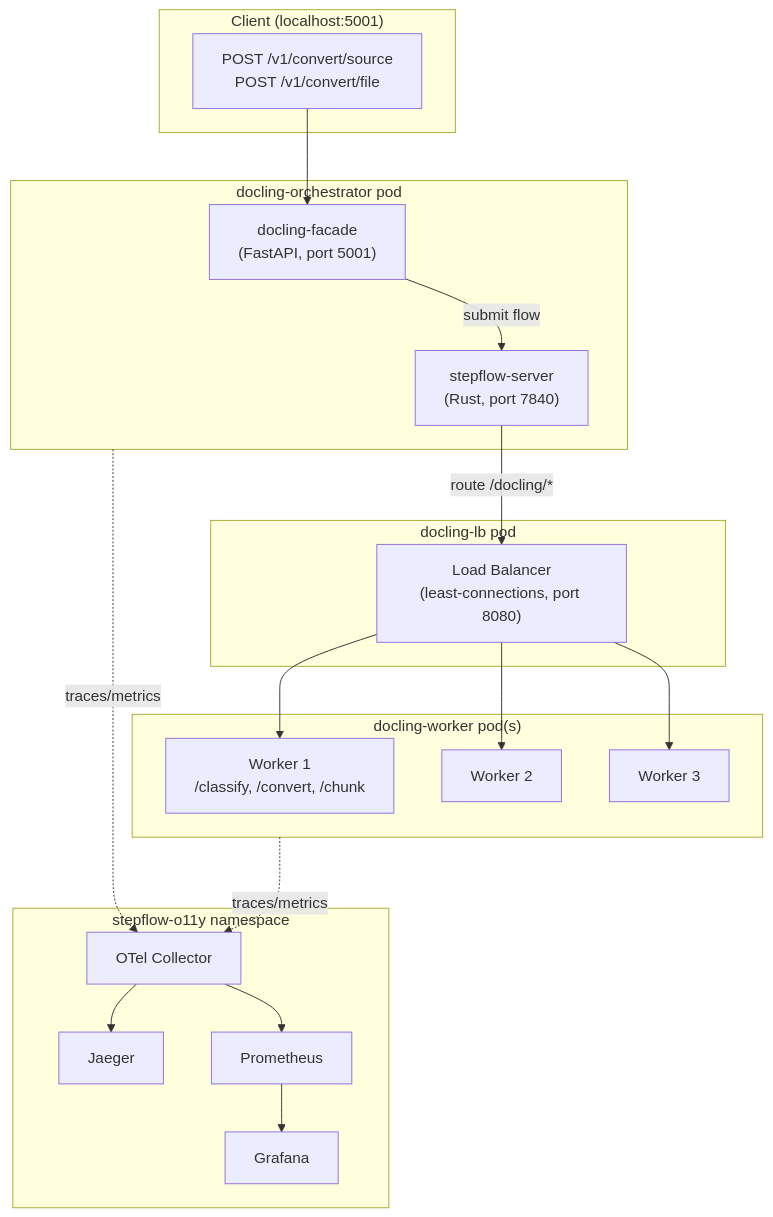
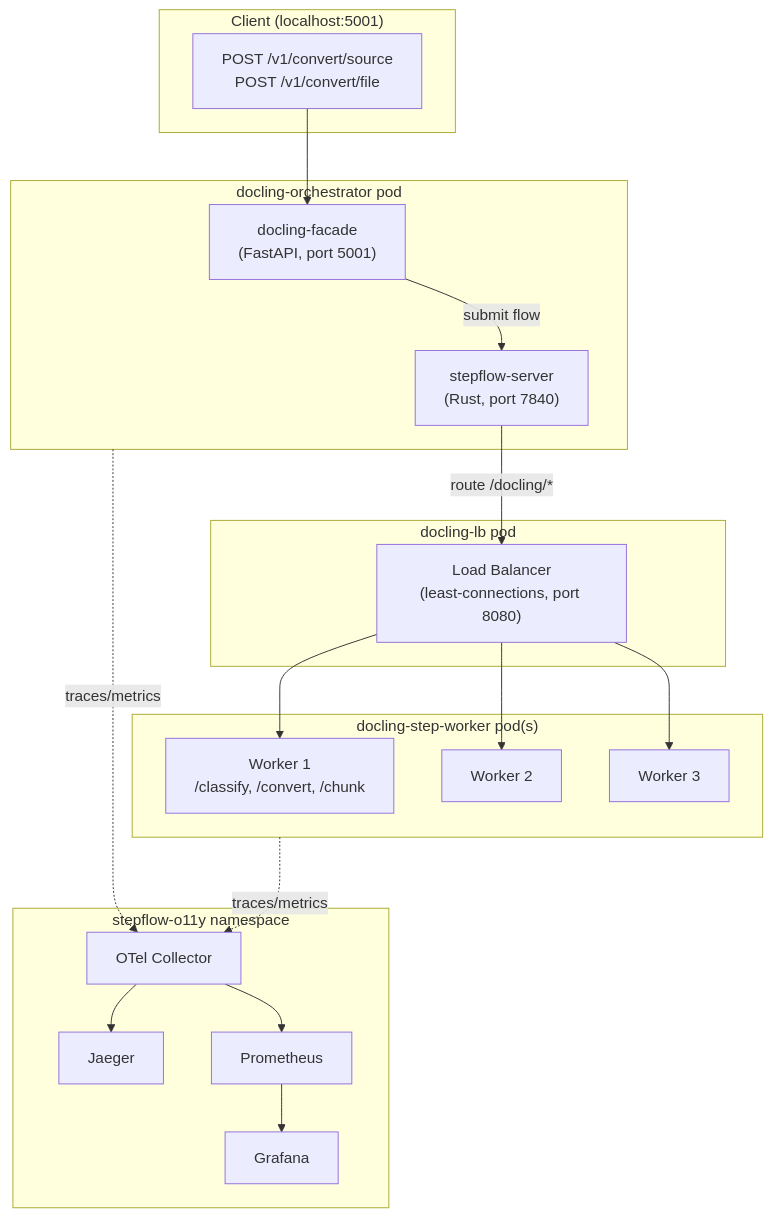
Before and after one commit to stepflow-ai/stepflow: the first of 3 diagrams in docs/blog/2026-03-docling-step-worker-deploy.md, drawn with Mermaid. The commit also changed other lines of this file, not shown here.

````diff
--- a/docs/blog/2026-03-docling-step-worker-deploy.md
+++ b/docs/blog/2026-03-docling-step-worker-deploy.md
@@ -44,37 +48,37 @@
 ```mermaid
 flowchart TB
     subgraph client["Client (localhost:5001)"]
         C["POST /v1/convert/source<br/>POST /v1/convert/file"]
     end
 
     subgraph orch["docling-orchestrator pod"]
         F["docling-facade<br/>(FastAPI, port 5001)"]
         S["stepflow-server<br/>(Rust, port 7840)"]
         F -->|"submit flow"| S
     end
 
     subgraph lb["docling-lb pod"]
         LB["Load Balancer<br/>(least-connections, port 8080)"]
     end
 
-    subgraph workers["docling-worker pod(s)"]
+    subgraph workers["docling-step-worker pod(s)"]
         W1["Worker 1<br/>/classify, /convert, /chunk"]
         W2["Worker 2"]
         W3["Worker 3"]
     end
 
     subgraph o11y["stepflow-o11y namespace"]
         OT["OTel Collector"]
         J["Jaeger"]
         P["Prometheus"]
         G["Grafana"]
         OT --> J & P
         P --> G
     end
 
     C --> F
     S -->|"route /docling/*"| LB
     LB --> W1 & W2 & W3
     orch -.->|"traces/metrics"| OT
     workers -.->|"traces/metrics"| OT
 ```
````
